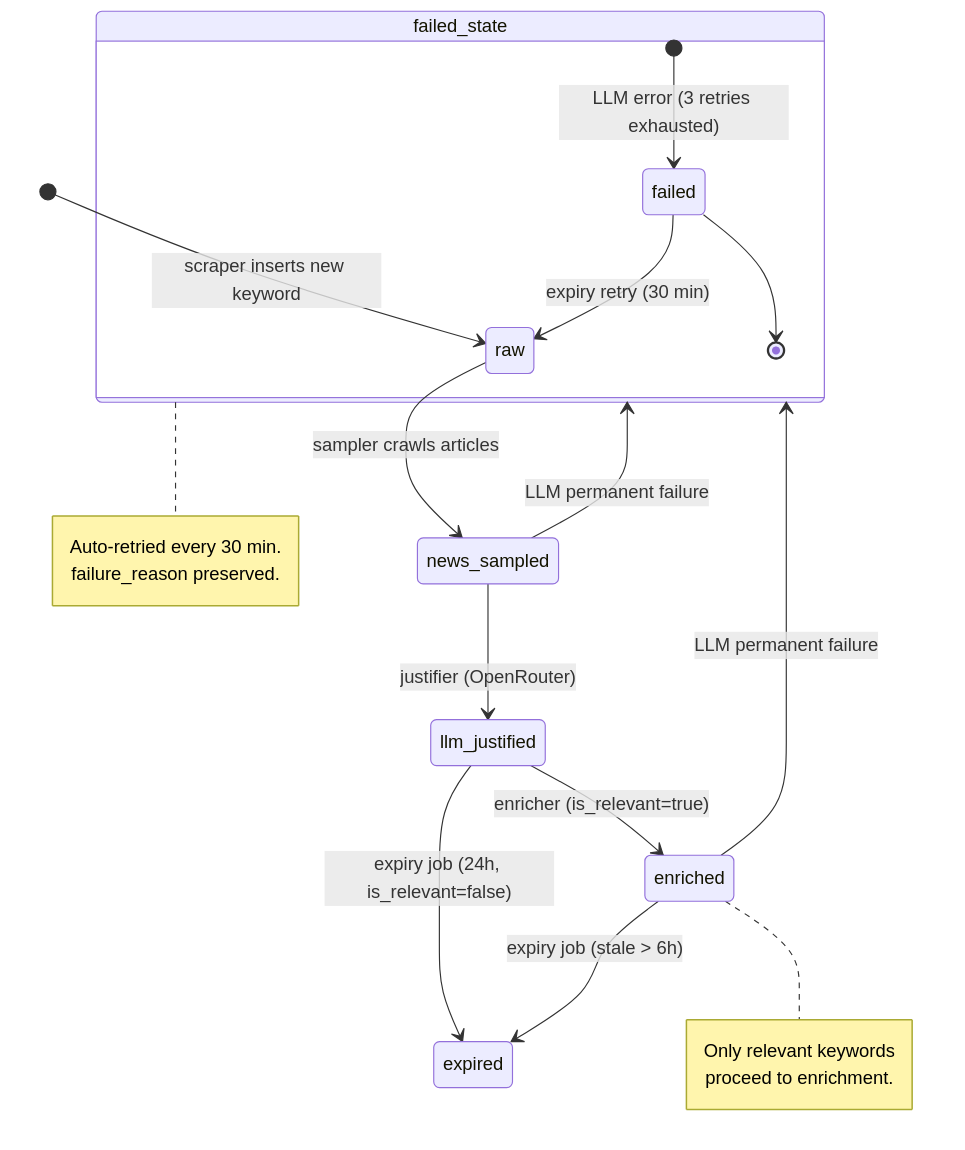
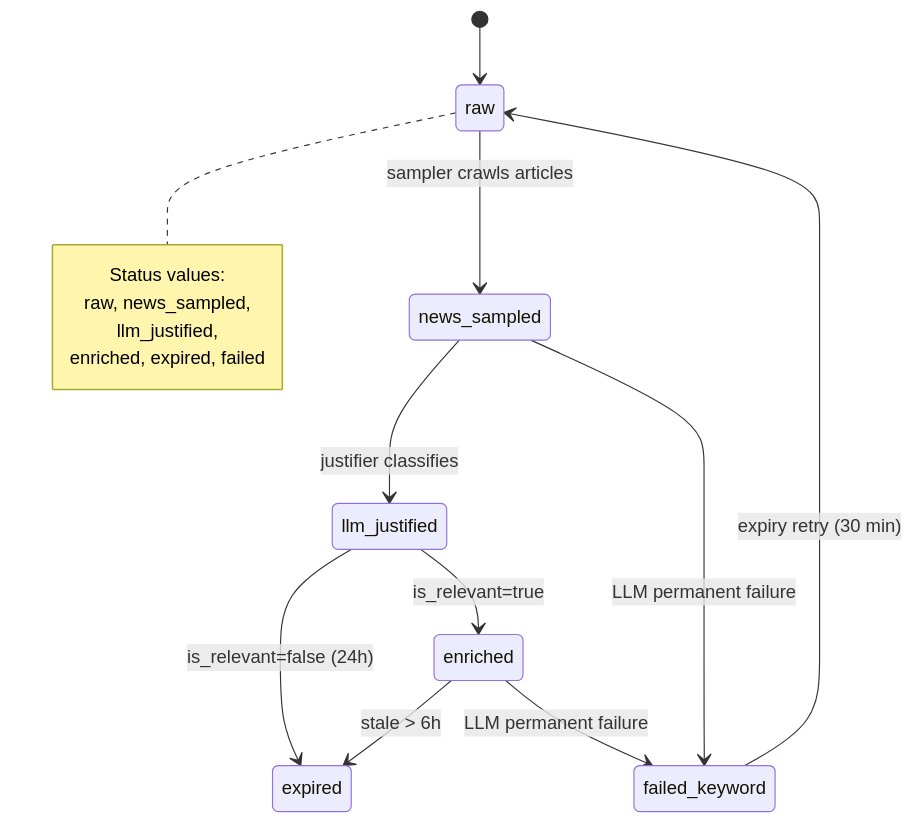
Before and after one commit to danarfthr/aitf-keyword-scraper: the second of 11 diagrams in docs/architecture_diagrams.md, drawn with Mermaid.

Commit message:
fix: simplify state machine diagram for clean rendering
Make transitions direct without composite states.
Use failed_keyword as a regular state with clear transitions.

````diff
--- a/docs/architecture_diagrams.md
+++ b/docs/architecture_diagrams.md
@@ -125,29 +125,19 @@
 ```mermaid
 stateDiagram-v2
-    [*] --> raw : scraper inserts new keyword
+    [*] --> raw
+    raw --> news_sampled : sampler crawls articles
+    news_sampled --> llm_justified : justifier classifies
+    llm_justified --> enriched : is_relevant=true
+    llm_justified --> expired : is_relevant=false (24h)
+    enriched --> expired : stale > 6h
+    enriched --> failed_keyword : LLM permanent failure
+    news_sampled --> failed_keyword : LLM permanent failure
+    failed_keyword --> raw : expiry retry (30 min)
 
-    raw --> news_sampled : sampler crawls articles
-    news_sampled --> llm_justified : justifier (OpenRouter)
-    llm_justified --> enriched : enricher (is_relevant=true)
-    llm_justified --> expired : expiry job (24h, is_relevant=false)
-    enriched --> expired : expiry job (stale > 6h)
-
-    state failed_state {
-        [*] --> failed : LLM error (3 retries exhausted)
-        failed --> raw : expiry retry (30 min)
-        failed --> [*]
-    }
-
-    enriched --> failed_state : LLM permanent failure
-    news_sampled --> failed_state : LLM permanent failure
-
-    note right of enriched
-        Only relevant keywords
-        proceed to enrichment.
-    end note
-
-    note right of failed_state
-        Auto-retried every 30 min.
-        failure_reason preserved.
+    note right of raw
+        Status values:
+        raw, news_sampled,
+        llm_justified,
+        enriched, expired, failed
     end note
 ```
````
